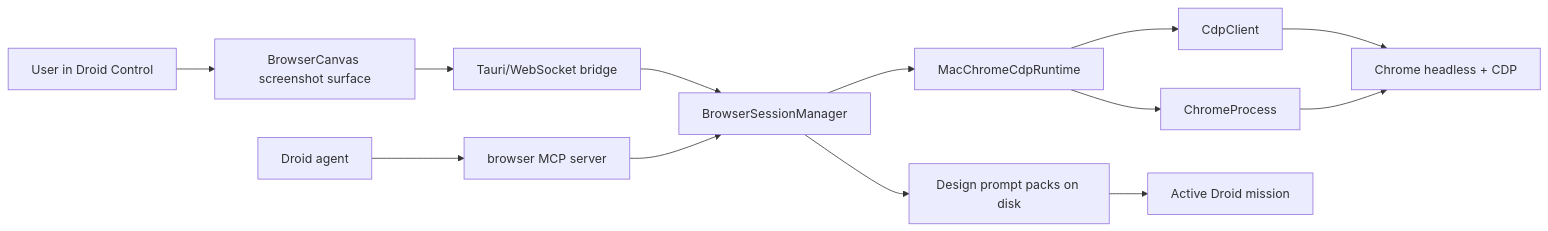
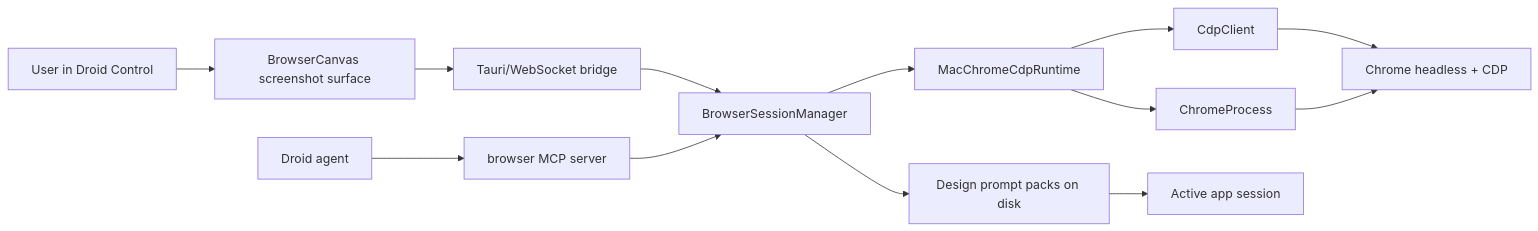
One commit to anasibnanwar1-droid/droid-maxxing changed the diagram in docs/superpowers/plans/2026-06-06-browser-mcp-design-mode.md. Above: the diagram before and after it, drawn with Mermaid. The commit also changed other lines of this file and 5 other files, not shown here.

````diff
--- a/docs/superpowers/plans/2026-06-06-browser-mcp-design-mode.md
+++ b/docs/superpowers/plans/2026-06-06-browser-mcp-design-mode.md
@@ -115,15 +115,15 @@
 ```mermaid
 flowchart LR
   User["User in Droid Control"] --> Canvas["BrowserCanvas screenshot surface"]
   Canvas --> Bridge["Tauri/WebSocket bridge"]
   Agent["Droid agent"] --> MCP["browser MCP server"]
   Bridge --> Manager["BrowserSessionManager"]
   MCP --> Manager
   Manager --> Runtime["MacChromeCdpRuntime"]
   Runtime --> Cdp["CdpClient"]
   Runtime --> Process["ChromeProcess"]
   Cdp --> Chrome["Chrome headless + CDP"]
   Process --> Chrome
   Manager --> Pack["Design prompt packs on disk"]
-  Pack --> Mission["Active Droid mission"]
+  Pack --> Session["Active app session"]
 ```
````
